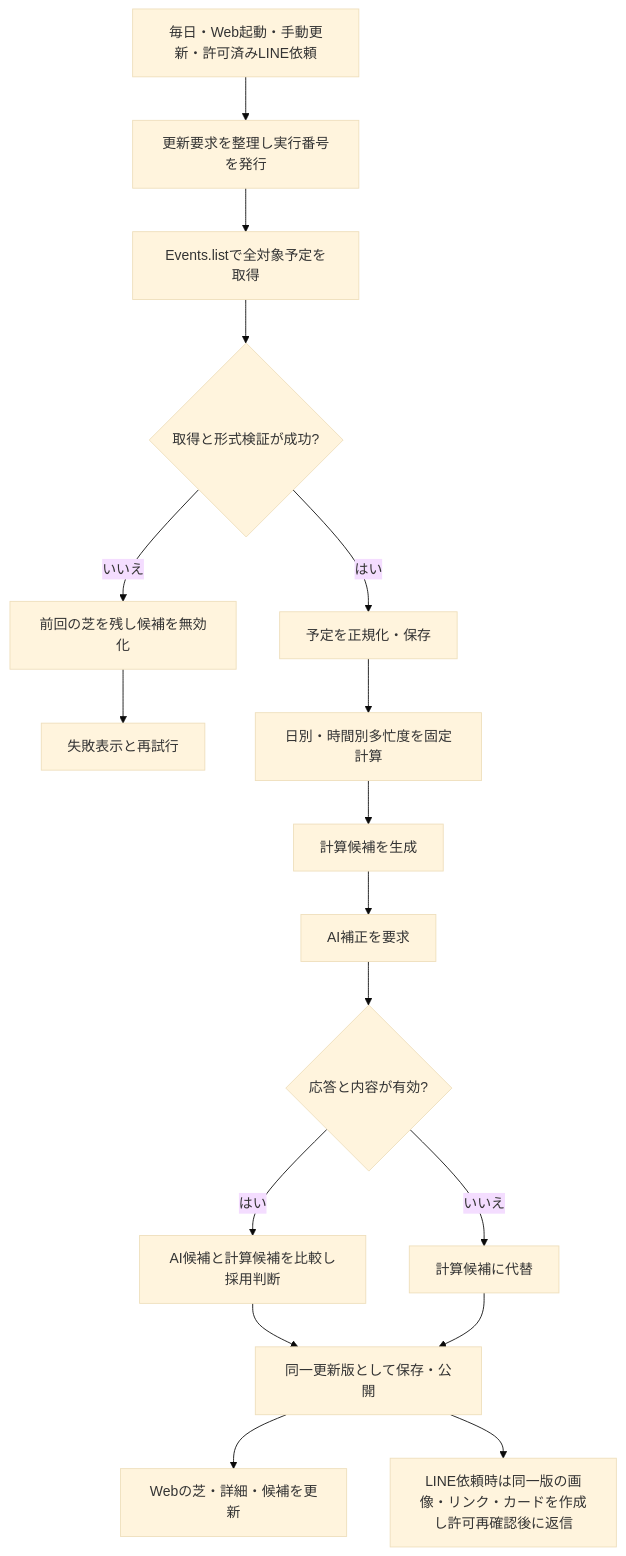
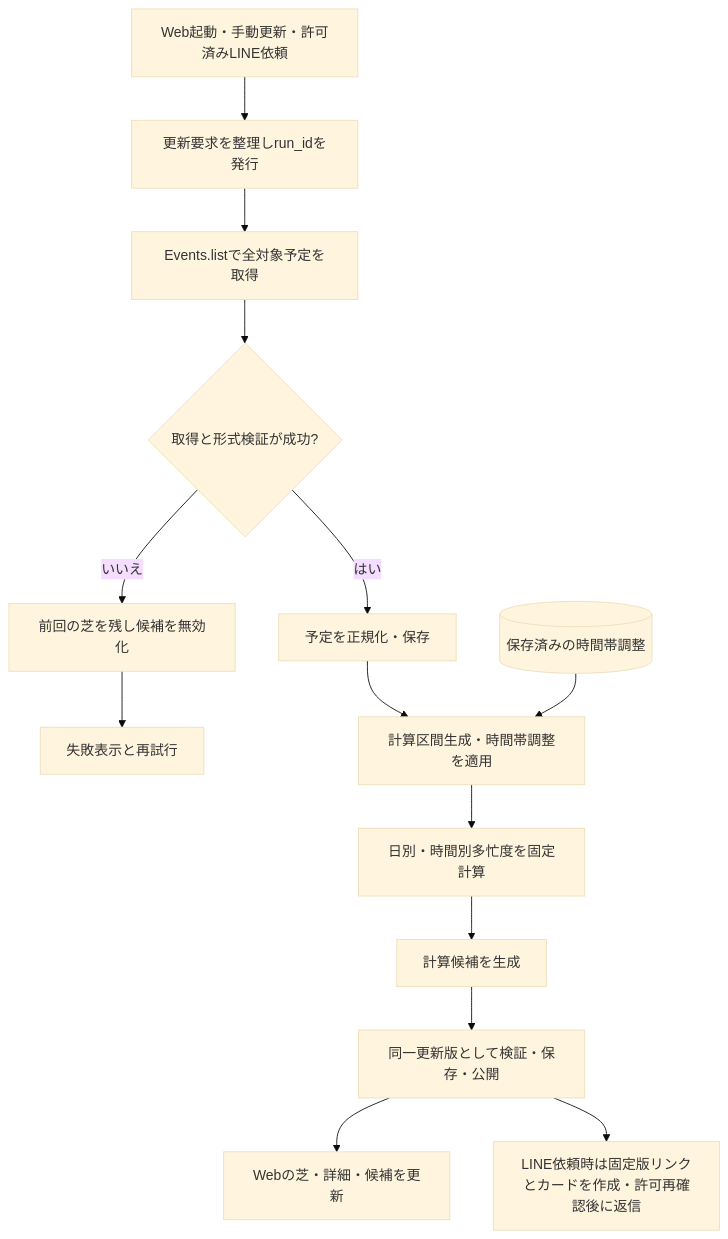
Before and after one commit to jphacks/sd_2602: the diagram in docs/schedule-design-index.md, drawn with Mermaid (base theme). The commit also changed other lines of this file and 34 other files, not shown here.

````diff
--- a/docs/schedule-design-index.md
+++ b/docs/schedule-design-index.md
@@ -27,19 +30,16 @@
 ```mermaid
 flowchart TD
-  A[毎日・Web起動・手動更新・許可済みLINE依頼] --> B[更新要求を整理し実行番号を発行]
+  A[Web起動・手動更新・許可済みLINE依頼] --> B[更新要求を整理しrun_idを発行]
   B --> C[Events.listで全対象予定を取得]
   C --> D{取得と形式検証が成功?}
   D -- いいえ --> E[前回の芝を残し候補を無効化]
   E --> F[失敗表示と再試行]
   D -- はい --> G[予定を正規化・保存]
-  G --> H[日別・時間別多忙度を固定計算]
+  G --> ADJ[計算区間生成・時間帯調整を適用]
+  EDIT[(保存済みの時間帯調整)] --> ADJ
+  ADJ --> H[日別・時間別多忙度を固定計算]
   H --> I[計算候補を生成]
-  I --> J[AI補正を要求]
-  J --> K{応答と内容が有効?}
-  K -- はい --> L[AI候補と計算候補を比較し採用判断]
-  K -- いいえ --> M[計算候補に代替]
-  L --> N[同一更新版として保存・公開]
-  M --> N
+  I --> N[同一更新版として検証・保存・公開]
   N --> O[Webの芝・詳細・候補を更新]
-  N --> P[LINE依頼時は同一版の画像・リンク・カードを作成し許可再確認後に返信]
+  N --> P[LINE依頼時は固定版リンクとカードを作成・許可再確認後に返信]
 ```
````
